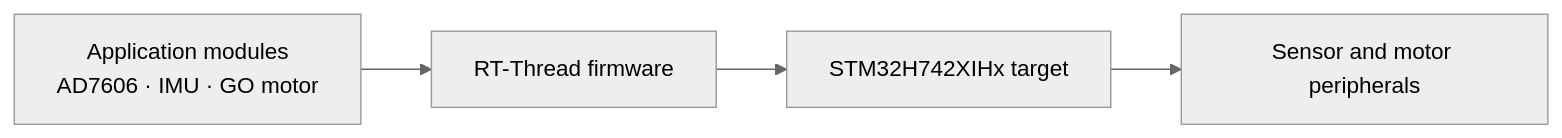
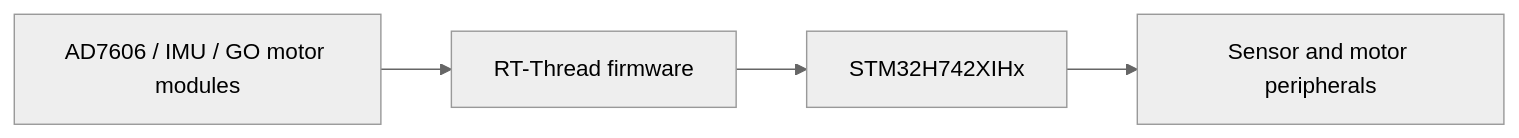
The second of 2 diagrams in README.md (smdi000/RTTnew-experience), drawn with Mermaid (neutral theme) before and after one commit. The commit also changed other lines of this file, not shown here.

````diff
--- a/README.md
+++ b/README.md
@@ -17,7 +65,6 @@
-```mermaid
+~~~mermaid
 flowchart LR
-    Apps[Application modules
-AD7606 · IMU · GO motor] --> RT[RT-Thread firmware]
-    RT --> Target[STM32H742XIHx target]
-    Target --> HW[Sensor and motor peripherals]
-```
+    APP[AD7606 / IMU / GO motor modules] --> RT[RT-Thread firmware]
+    RT --> MCU[STM32H742XIHx]
+    MCU --> HW[Sensor and motor peripherals]
+~~~
````
